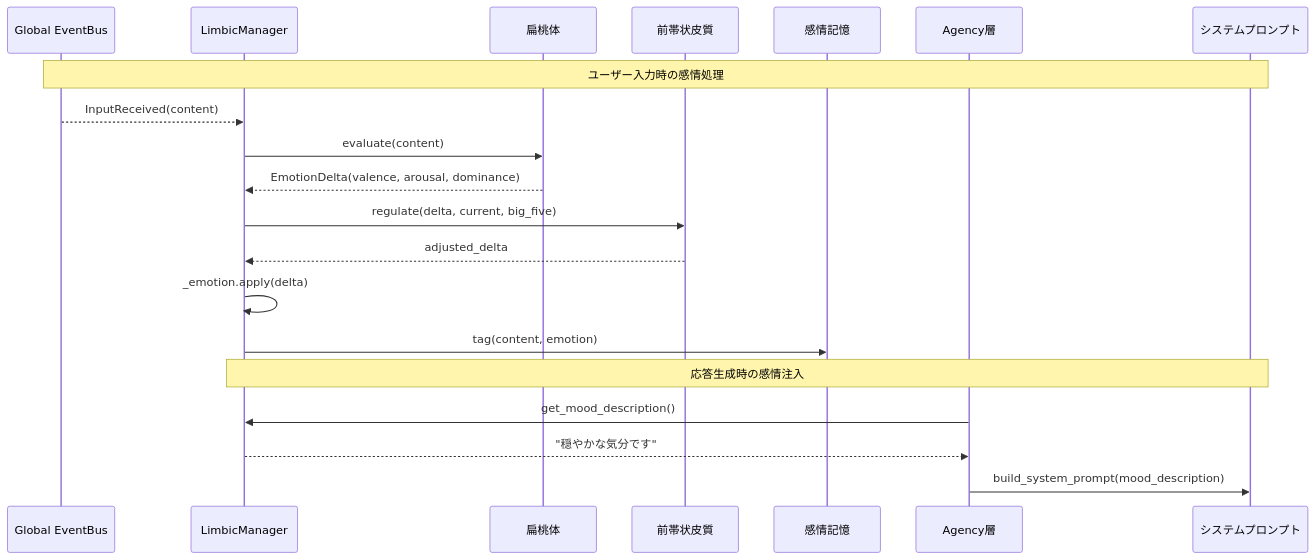
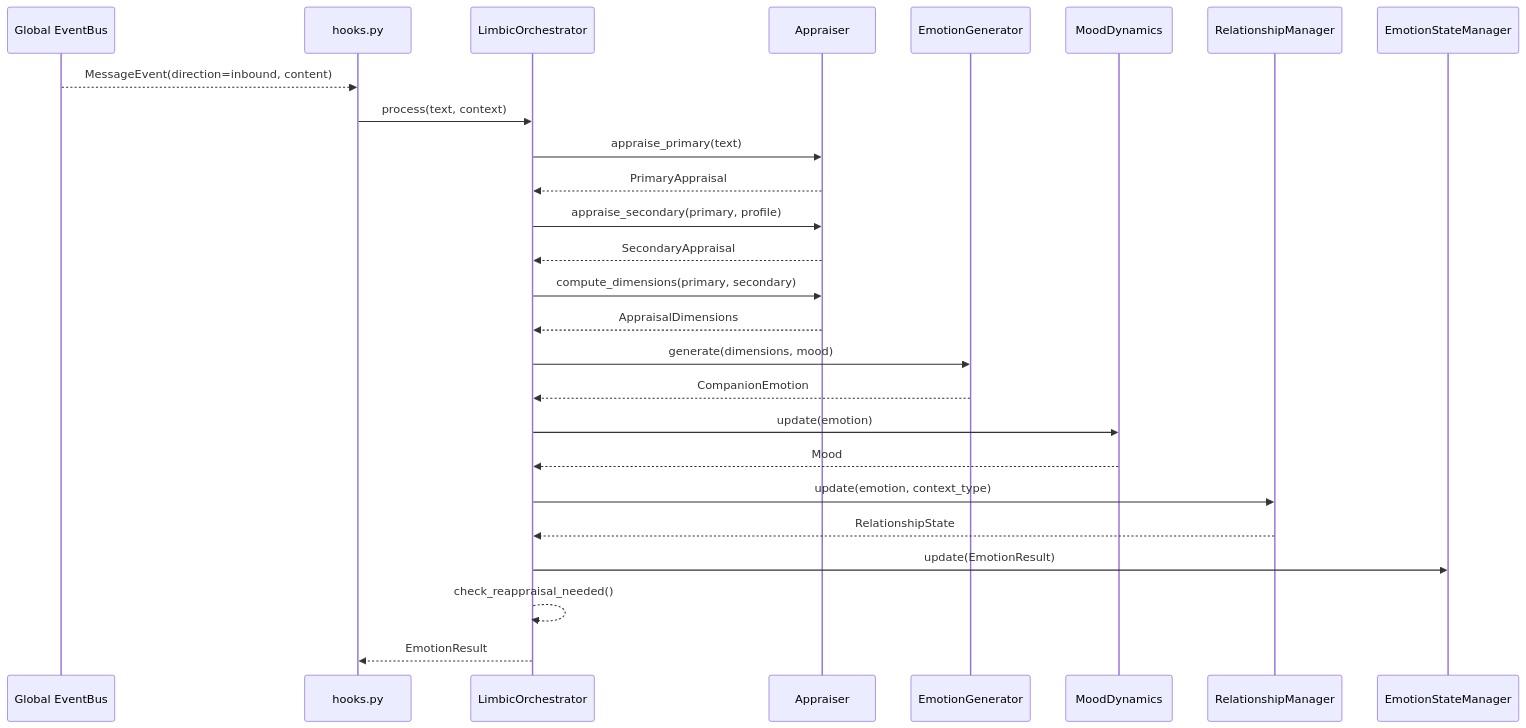
Before and after one commit to ibukani/iris-mind: the diagram in docs/limbic-layer.md, drawn with Mermaid. The commit also changed other lines of this file and 359 other files, not shown here.

````diff
--- a/docs/limbic-layer.md
+++ b/docs/limbic-layer.md
@@ -285,26 +40,36 @@
 ```mermaid
 sequenceDiagram
     participant EB as Global EventBus
-    participant LM as LimbicManager
-    participant AMY as 扁桃体
-    participant ACC as 前帯状皮質
-    participant EM as 感情記憶
-    participant AG as Agency層
-    participant SP as システムプロンプト
+    participant HOOK as hooks.py
+    participant ORCH as LimbicOrchestrator
+    participant APP as Appraiser
+    participant GEN as EmotionGenerator
+    participant MOOD as MoodDynamics
+    participant REL as RelationshipManager
+    participant ST as EmotionStateManager
 
-    Note over EB,SP: ユーザー入力時の感情処理
+    EB-->>HOOK: MessageEvent(direction=inbound, content)
+    HOOK->>ORCH: process(text, context)
 
-    EB-->>LM: InputReceived(content)
-    LM->>AMY: evaluate(content)
-    AMY-->>LM: EmotionDelta(valence, arousal, dominance)
-    LM->>ACC: regulate(delta, current, big_five)
-    ACC-->>LM: adjusted_delta
-    LM->>LM: _emotion.apply(delta)
-    LM->>EM: tag(content, emotion)
+    ORCH->>APP: appraise_primary(text)
+    APP-->>ORCH: PrimaryAppraisal
 
-    Note over LM,SP: 応答生成時の感情注入
+    ORCH->>APP: appraise_secondary(primary, profile)
+    APP-->>ORCH: SecondaryAppraisal
 
-    AG->>LM: get_mood_description()
-    LM-->>AG: "穏やかな気分です"
-    AG->>SP: build_system_prompt(mood_description)
+    ORCH->>APP: compute_dimensions(primary, secondary)
+    APP-->>ORCH: AppraisalDimensions
+
+    ORCH->>GEN: generate(dimensions, mood)
+    GEN-->>ORCH: CompanionEmotion
+
+    ORCH->>MOOD: update(emotion)
+    MOOD-->>ORCH: Mood
+
+    ORCH->>REL: update(emotion, context_type)
+    REL-->>ORCH: RelationshipState
+
+    ORCH->>ST: update(EmotionResult)
+    ORCH-->>ORCH: check_reappraisal_needed()
+    ORCH-->>HOOK: EmotionResult
 ```
````
